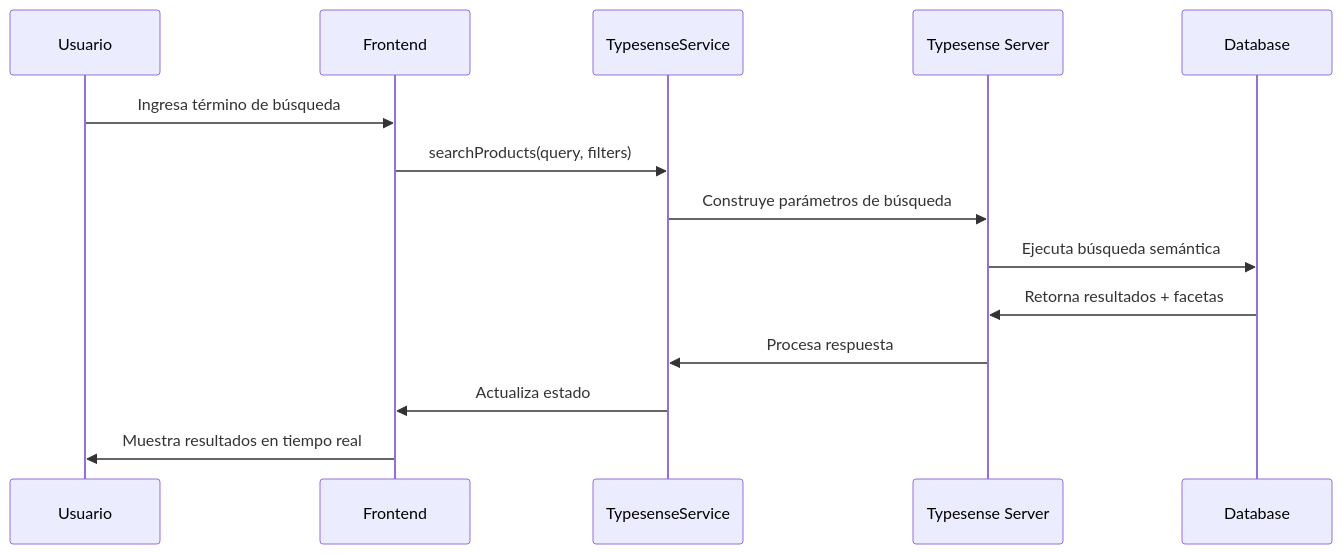
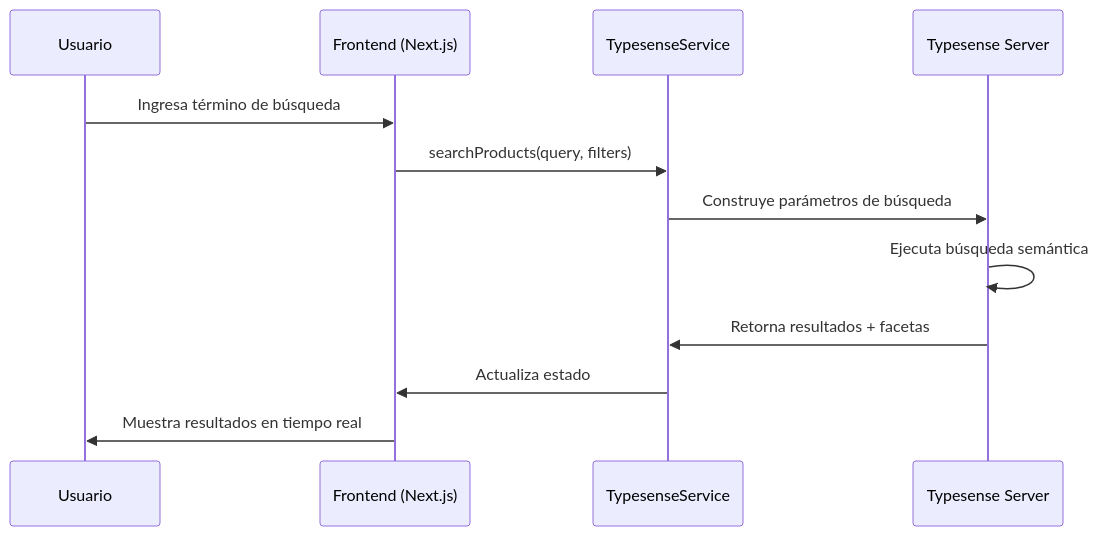
The second of 4 diagrams in README.md (Guidotss/typesense-poc), drawn with Mermaid before and after one commit. The commit also changed other lines of this file, not shown here.

Commit message:
Update README.md to clarify data flow and system architecture for the Typesense search engine POC, including adjustments to the diagrams and sequence flow for improved readability.

````diff
--- a/README.md
+++ b/README.md
@@ -36,17 +32,15 @@
 ```mermaid
 sequenceDiagram
     participant U as Usuario
-    participant F as Frontend
+    participant F as Frontend (Next.js)
     participant T as TypesenseService
     participant S as Typesense Server
-    participant D as Database
 
     U->>F: Ingresa término de búsqueda
     F->>T: searchProducts(query, filters)
     T->>S: Construye parámetros de búsqueda
-    S->>D: Ejecuta búsqueda semántica
-    D->>S: Retorna resultados + facetas
-    S->>T: Procesa respuesta
+    S->>S: Ejecuta búsqueda semántica
+    S->>T: Retorna resultados + facetas
     T->>F: Actualiza estado
     F->>U: Muestra resultados en tiempo real
 ```
````
